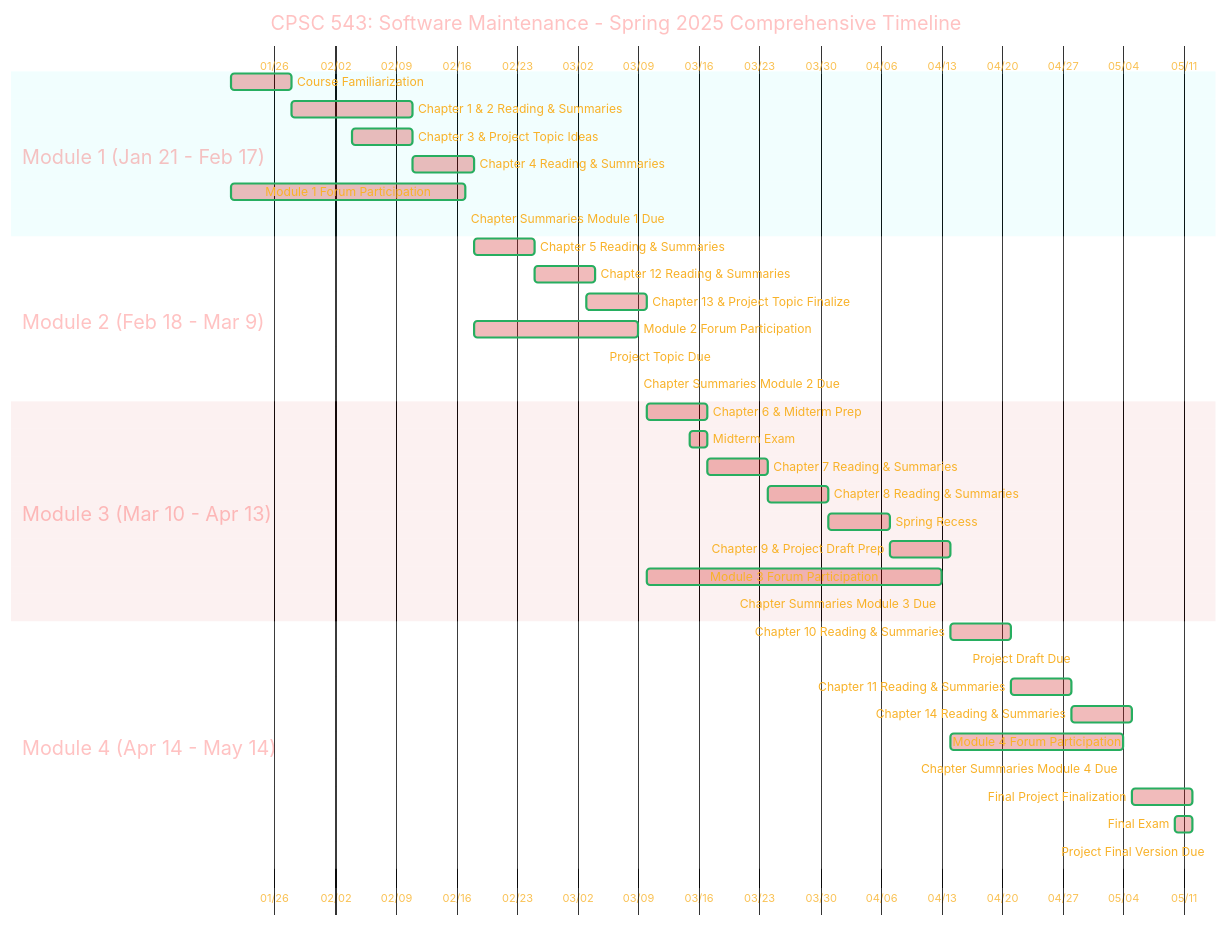
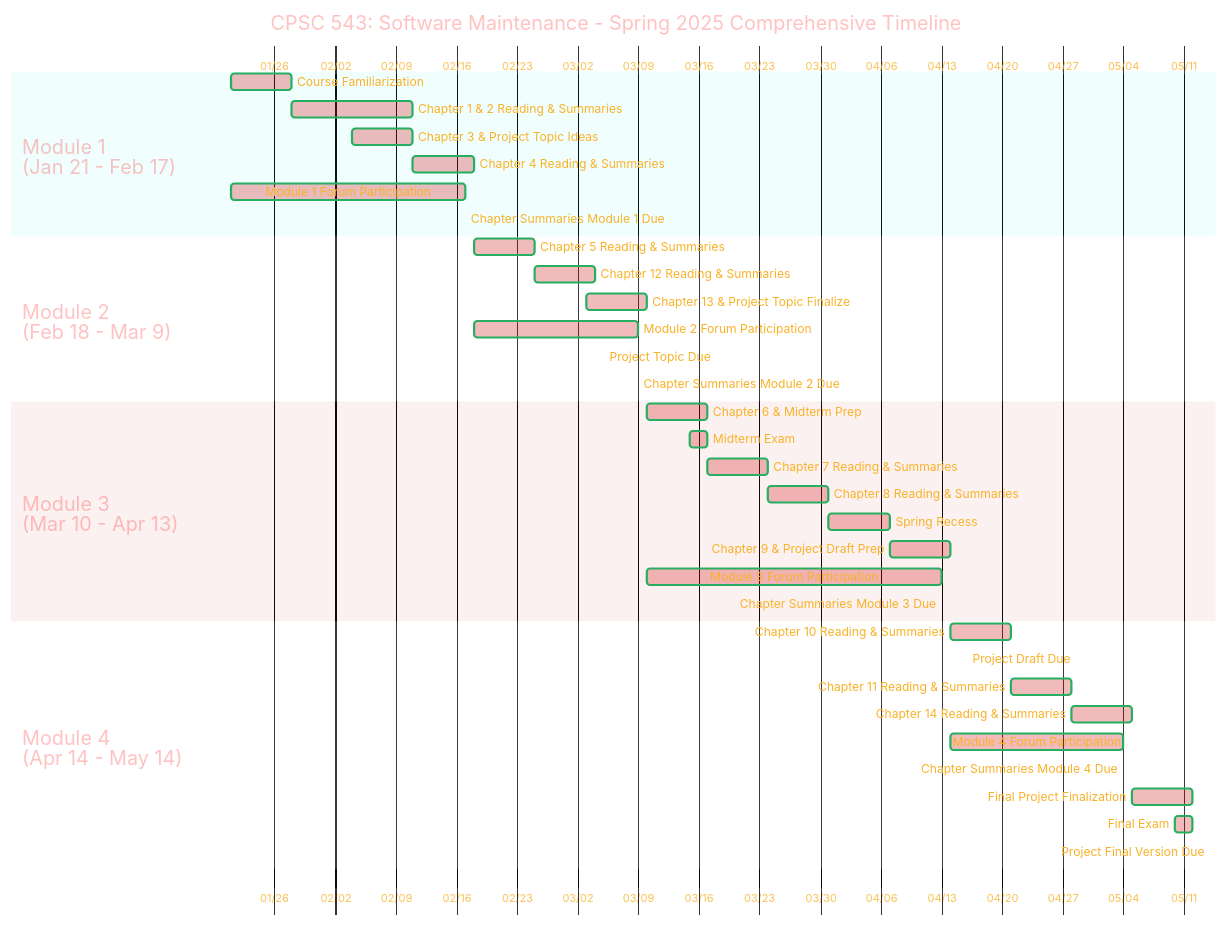
Before and after one commit to CongLeSolutionX/CSUF_MSE: the diagram in docs/Syllabus.md, drawn with Mermaid.

```diff
--- a/docs/Syllabus.md
+++ b/docs/Syllabus.md
@@ -199,7 +199,7 @@
     dateFormat  YYYY-MM-DD
     axisFormat %m/%d
 
-    section Module 1 (Jan 21 - Feb 17)
+    section Module 1<br/>(Jan 21 - Feb 17)
     Course Familiarization             : 2025-01-21, 1w
     Chapter 1 & 2 Reading & Summaries : 2025-01-28, 2w
     Chapter 3 & Project Topic Ideas   : 2025-02-04, 1w
@@ -207,7 +207,7 @@
     Module 1 Forum Participation      : 2025-01-21, 2025-02-17
     Chapter Summaries Module 1 Due    : 2025-02-17, 0d
 
-    section Module 2 (Feb 18 - Mar 9)
+    section Module 2<br/>(Feb 18 - Mar 9)
     Chapter 5 Reading & Summaries     : 2025-02-18, 1w
     Chapter 12 Reading & Summaries    : 2025-02-25, 1w
     Chapter 13 & Project Topic Finalize: 2025-03-03, 1w
@@ -215,7 +215,7 @@
     Project Topic Due                 : 2025-03-05, 0d
     Chapter Summaries Module 2 Due    : 2025-03-09, 0d
 
-    section Module 3 (Mar 10 - Apr 13)
+    section Module 3<br/>(Mar 10 - Apr 13)
     Chapter 6 & Midterm Prep        : 2025-03-10, 1w
     Midterm Exam                    : 2025-03-15, 2d
     Chapter 7 Reading & Summaries     : 2025-03-17, 1w
@@ -226,7 +226,7 @@
     Chapter Summaries Module 3 Due    : 2025-04-13, 0d
 
 
-    section Module 4 (Apr 14 - May 14)
+    section Module 4<br/>(Apr 14 - May 14)
     Chapter 10 Reading & Summaries    : 2025-04-14, 1w
     Project Draft Due                 : 2025-04-16, 0d
     Chapter 11 Reading & Summaries    : 2025-04-21, 1w
```
